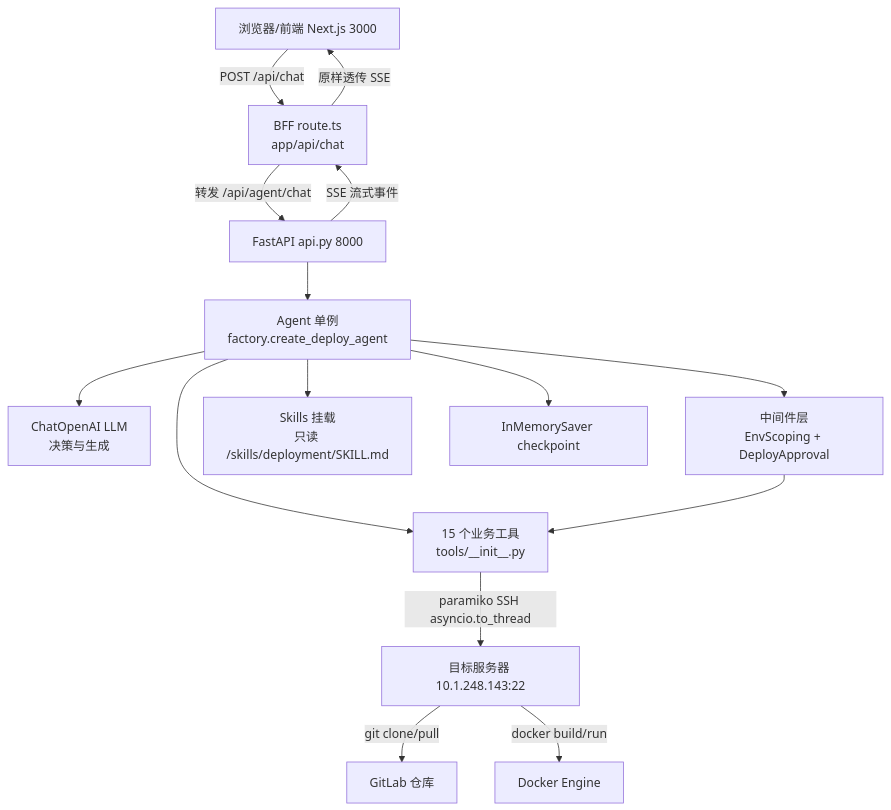
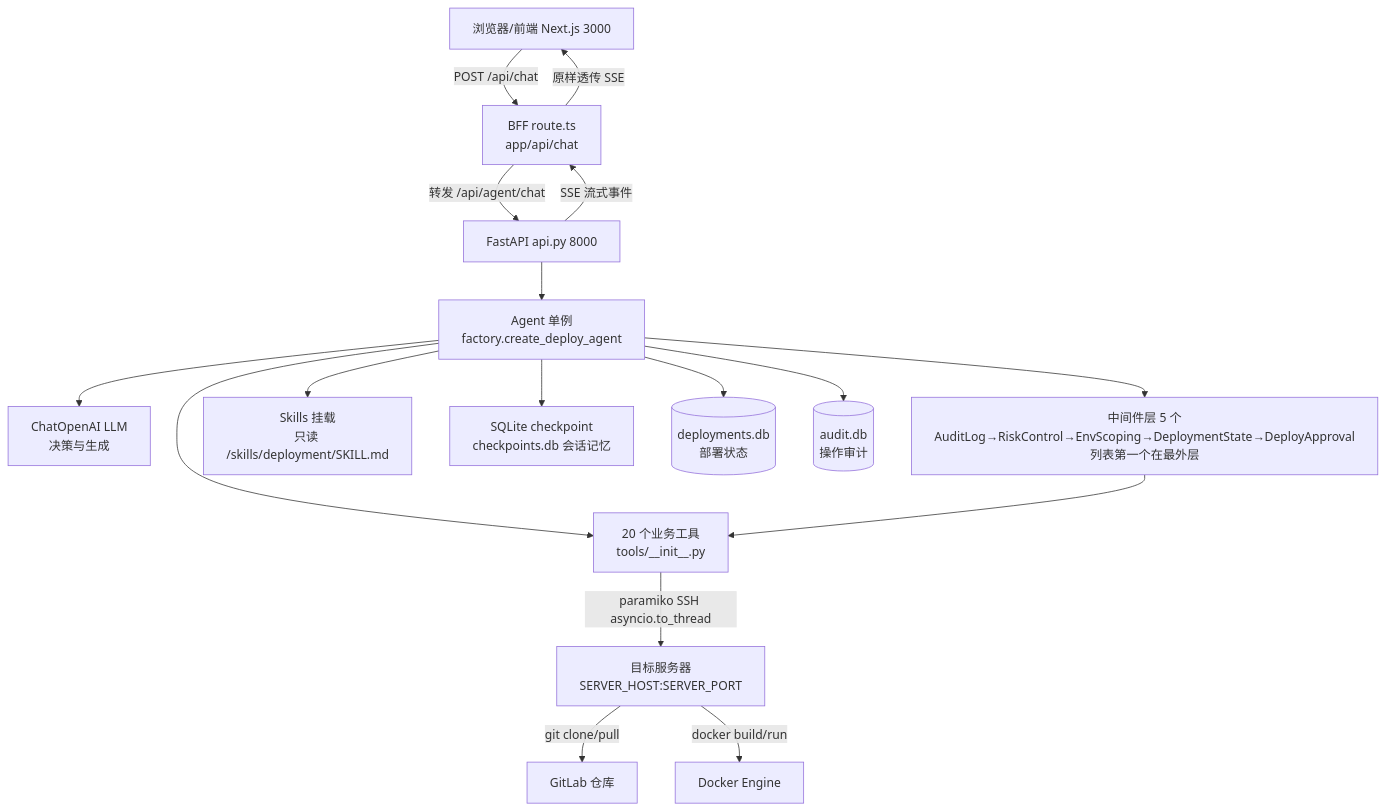
One commit to ll055991/ai_devops changed the first of 2 diagrams in 架构分析文档.md. Above: the diagram before and after it, drawn with Mermaid. The commit also changed other lines of this file and 42 other files, not shown here.

Commit message:
多 SubAgent 拆分 + 审计/部署状态落库 + evals 门禁 + 文档同步（README/ADR/词汇表/路线图）

````diff
--- a/架构分析文档.md
+++ b/架构分析文档.md
@@ -65,19 +66,21 @@
 ```mermaid
 flowchart TD
     U[浏览器/前端 Next.js 3000] -->|POST /api/chat| BFF[BFF route.ts<br/>app/api/chat]
     BFF -->|转发 /api/agent/chat| API[FastAPI api.py 8000]
     API -->|SSE 流式事件| BFF
     BFF -->|原样透传 SSE| U
 
     API --> AG[Agent 单例<br/>factory.create_deploy_agent]
     AG --> LLM[ChatOpenAI LLM<br/>决策与生成]
-    AG --> MW[中间件层<br/>EnvScoping + DeployApproval]
-    AG --> TOOLS[15 个业务工具<br/>tools/__init__.py]
+    AG --> MW[中间件层 5 个<br/>AuditLog→RiskControl→EnvScoping→DeploymentState→DeployApproval<br/>列表第一个在最外层]
+    AG --> TOOLS[20 个业务工具<br/>tools/__init__.py]
     AG --> SKILLS[Skills 挂载<br/>只读 /skills/deployment/SKILL.md]
-    AG --> CKPT[InMemorySaver checkpoint]
+    AG --> CKPT[SQLite checkpoint<br/>checkpoints.db 会话记忆]
+    AG --> ST[(deployments.db<br/>部署状态)]
+    AG --> AU[(audit.db<br/>操作审计)]
 
     MW --> TOOLS
-    TOOLS -->|paramiko SSH asyncio.to_thread| SRV[目标服务器 10.1.248.143:22]
+    TOOLS -->|paramiko SSH asyncio.to_thread| SRV[目标服务器<br/>SERVER_HOST:SERVER_PORT]
     SRV -->|git clone/pull| GIT[GitLab 仓库]
     SRV -->|docker build/run| DOCKER[Docker Engine]
 ```
````
